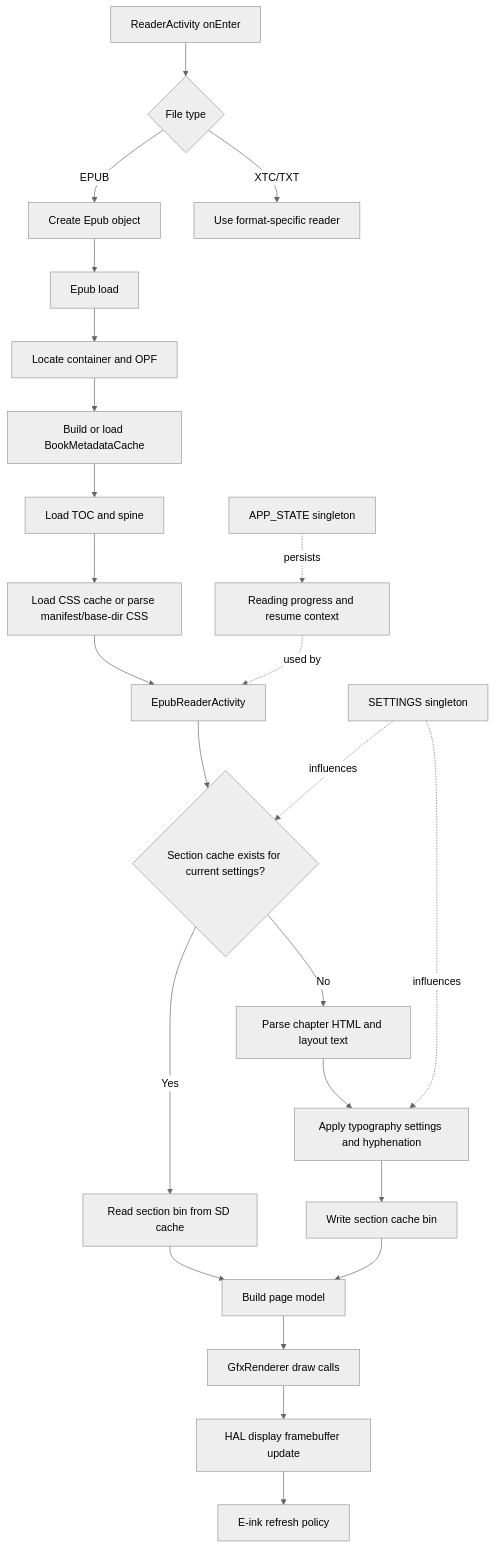
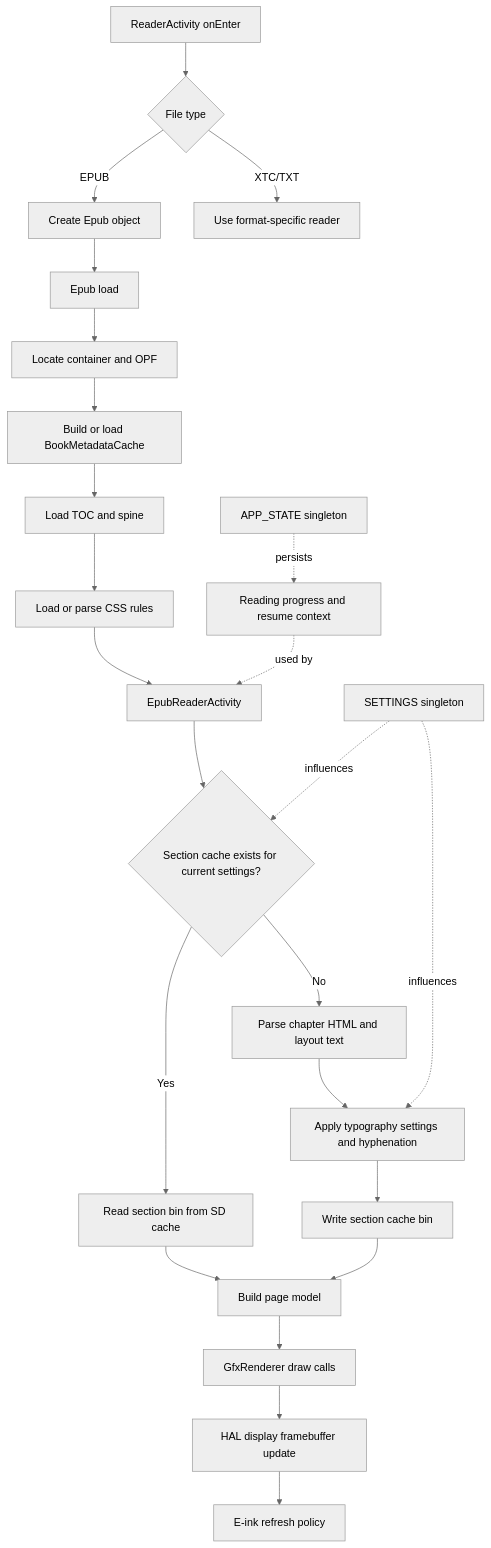
One commit to hudsonbrendon/crosspoint-reader changed the fourth of 4 diagrams in docs/contributing/architecture.md. Above: the diagram before and after it, drawn with Mermaid (neutral theme). The commit also changed other lines of this file and 117 other files, not shown here.

````diff
--- a/docs/contributing/architecture.md
+++ b/docs/contributing/architecture.md
@@ -93,30 +91,30 @@
 ```mermaid
 flowchart TD
     A[ReaderActivity onEnter] --> B{File type}
     B -->|EPUB| C[Create Epub object]
     B -->|XTC/TXT| Z[Use format-specific reader]
 
     C --> D[Epub load]
     D --> E[Locate container and OPF]
     E --> F[Build or load BookMetadataCache]
     F --> G[Load TOC and spine]
-    G --> H[Load CSS cache or parse manifest/base-dir CSS]
+    G --> H[Load or parse CSS rules]
 
     H --> I[EpubReaderActivity]
     I --> J{Section cache exists for current settings?}
     J -->|Yes| K[Read section bin from SD cache]
     J -->|No| L[Parse chapter HTML and layout text]
     L --> M[Apply typography settings and hyphenation]
     M --> N[Write section cache bin]
 
     K --> O[Build page model]
     N --> O
     O --> P[GfxRenderer draw calls]
     P --> Q[HAL display framebuffer update]
     Q --> R[E-ink refresh policy]
 
     S[SETTINGS singleton] -. influences .-> J
     S -. influences .-> M
     T[APP_STATE singleton] -. persists .-> U[Reading progress and resume context]
     U -. used by .-> I
 ```
````
